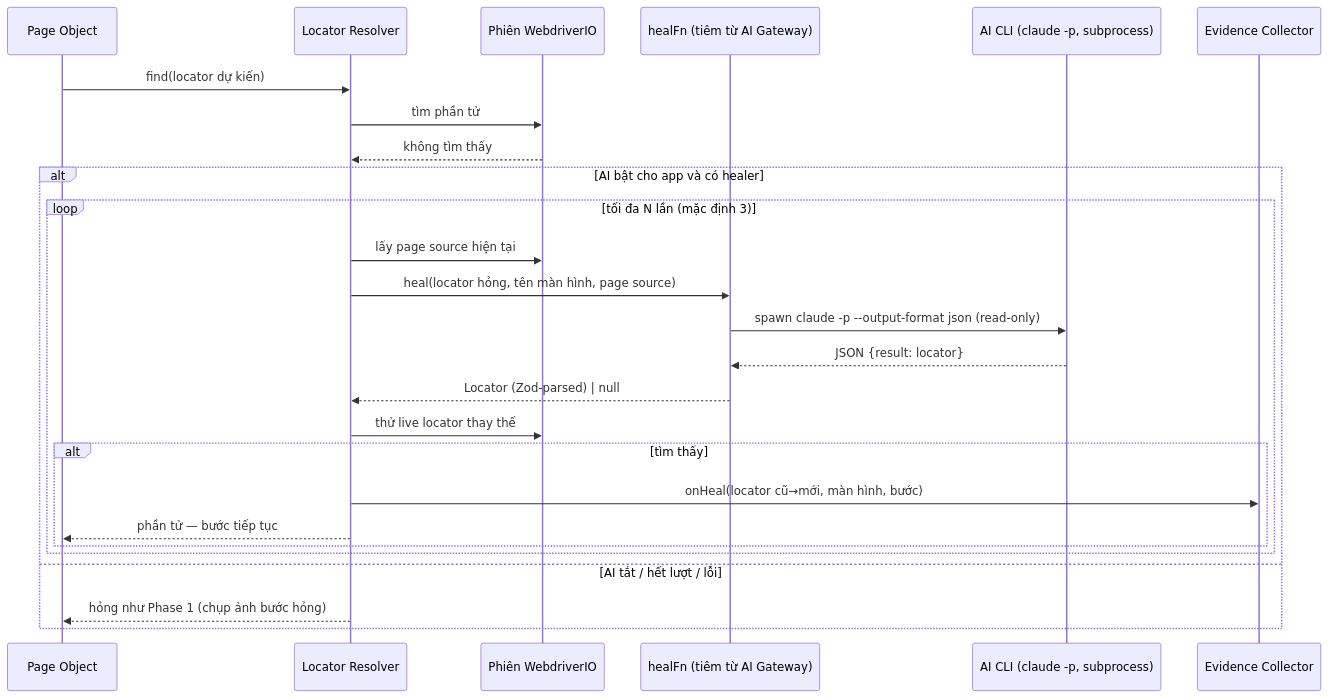
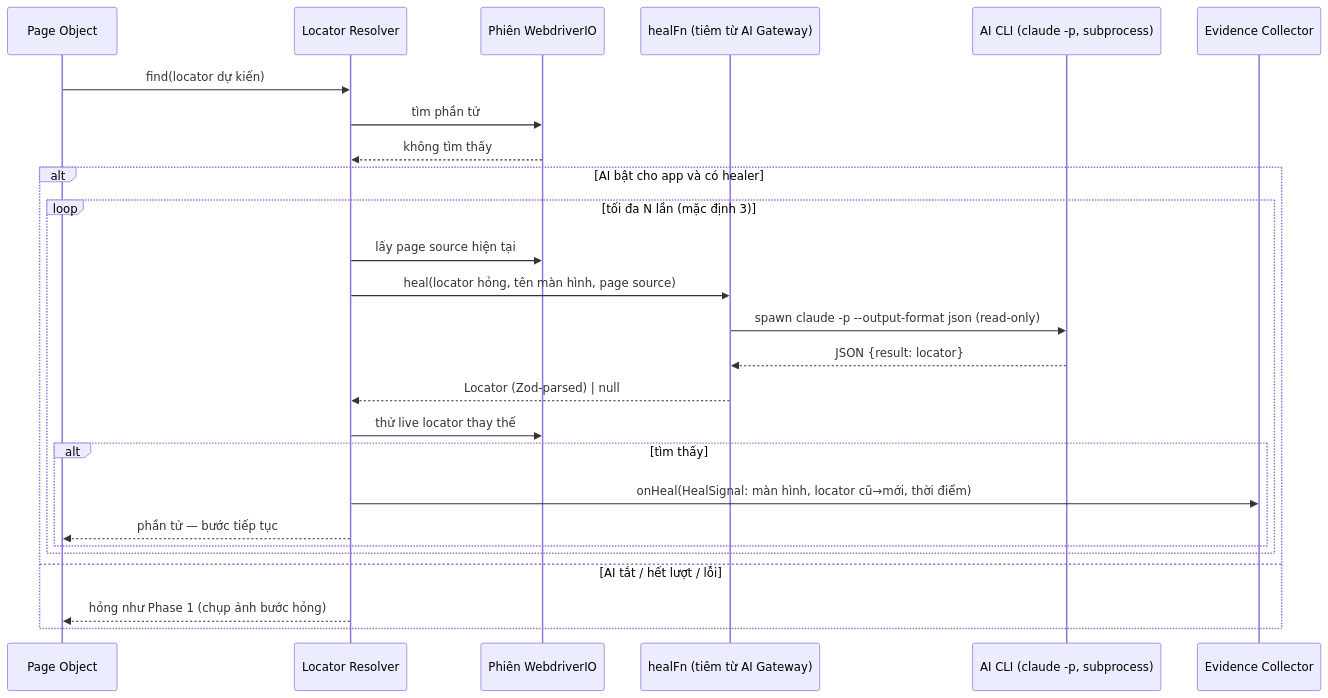
Before and after one commit to kytruongdev/aimtap: the first of 3 diagrams in docs/architecture/phase-2/sequence-diagrams.md, drawn with Mermaid. The commit also changed other lines of this file and 5 other files, not shown here.

````diff
--- a/docs/architecture/phase-2/sequence-diagrams.md
+++ b/docs/architecture/phase-2/sequence-diagrams.md
@@ -4,29 +4,29 @@
 ```mermaid
 sequenceDiagram
 participant PO as Page Object
 participant Resolver as Locator Resolver
 participant WDIO as Phiên WebdriverIO
 participant Heal as healFn (tiêm từ AI Gateway)
 participant CLI as AI CLI (claude -p, subprocess)
 participant Ev as Evidence Collector
 
 PO->>Resolver: find(locator dự kiến)
 Resolver->>WDIO: tìm phần tử
 WDIO-->>Resolver: không tìm thấy
 alt AI bật cho app và có healer
   loop tối đa N lần (mặc định 3)
     Resolver->>WDIO: lấy page source hiện tại
     Resolver->>Heal: heal(locator hỏng, tên màn hình, page source)
     Heal->>CLI: spawn claude -p --output-format json (read-only)
     CLI-->>Heal: JSON {result: locator}
     Heal-->>Resolver: Locator (Zod-parsed) | null
     Resolver->>WDIO: thử live locator thay thế
     alt tìm thấy
-      Resolver->>Ev: onHeal(locator cũ→mới, màn hình, bước)
+      Resolver->>Ev: onHeal(HealSignal: màn hình, locator cũ→mới, thời điểm)
       Resolver-->>PO: phần tử — bước tiếp tục
     end
   end
 else AI tắt / hết lượt / lỗi
   Resolver-->>PO: hỏng như Phase 1 (chụp ảnh bước hỏng)
 end
 ```
````
